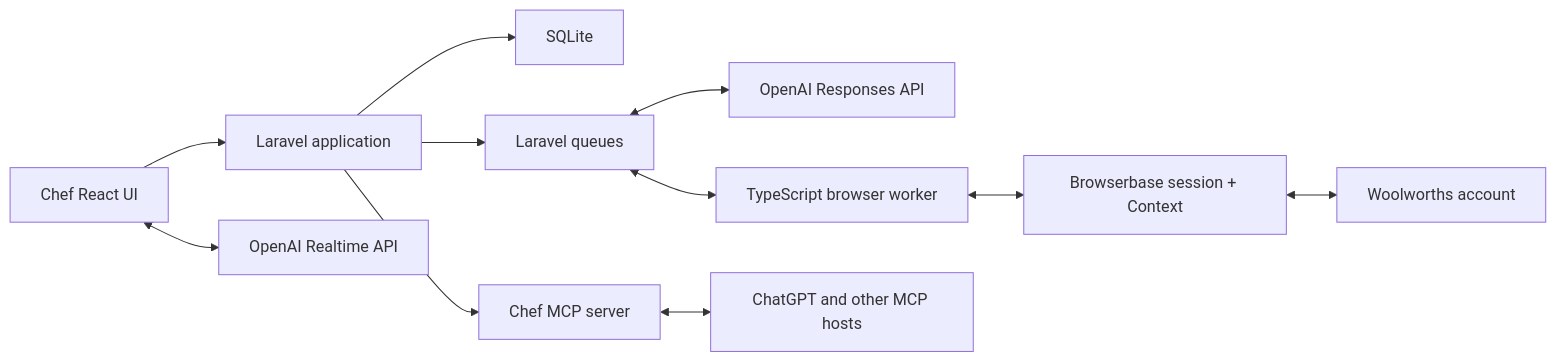
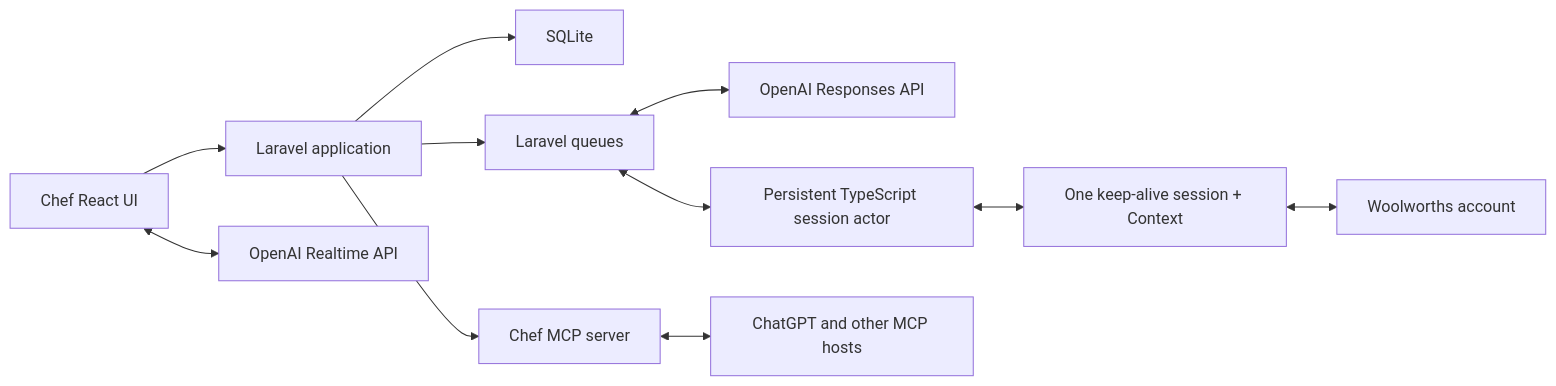
One commit to DanielFerguson/chef changed the diagram in README.md. Above: the diagram before and after it, drawn with Mermaid. The commit also changed other lines of this file and 6 other files, not shown here.

````diff
--- a/README.md
+++ b/README.md
@@ -421,13 +422,13 @@
 ```mermaid
 flowchart LR
     UI["Chef React UI"] --> APP["Laravel application"]
     UI <--> VOICE["OpenAI Realtime API"]
     APP --> DB["SQLite"]
     APP --> QUEUE["Laravel queues"]
     QUEUE <--> RESPONSES["OpenAI Responses API"]
-    QUEUE <--> WORKER["TypeScript browser worker"]
-    WORKER <--> BROWSERBASE["Browserbase session + Context"]
+    QUEUE <--> WORKER["Persistent TypeScript session actor"]
+    WORKER <--> BROWSERBASE["One keep-alive session + Context"]
     BROWSERBASE <--> RETAILER["Woolworths account"]
     APP --> MCP["Chef MCP server"]
     MCP <--> HOSTS["ChatGPT and other MCP hosts"]
 ```
````
